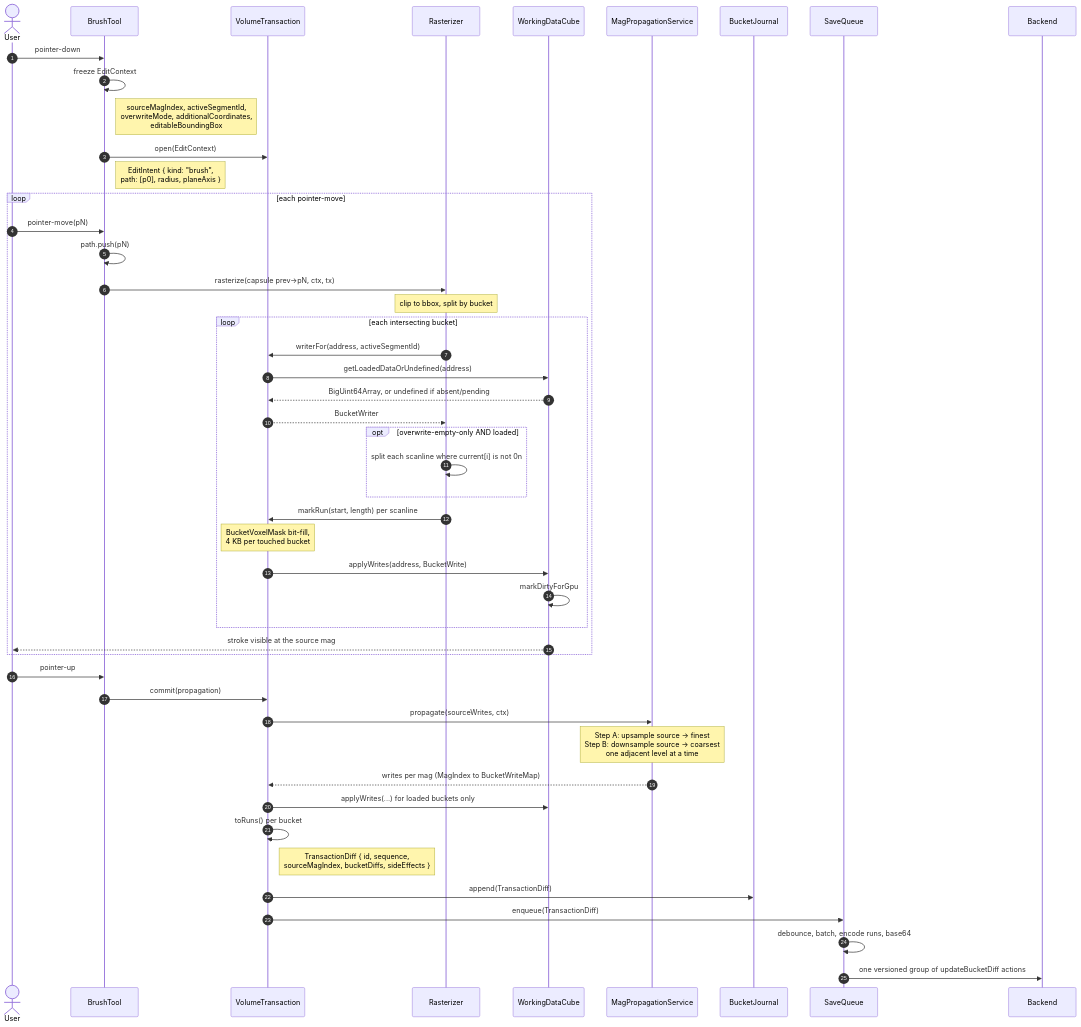
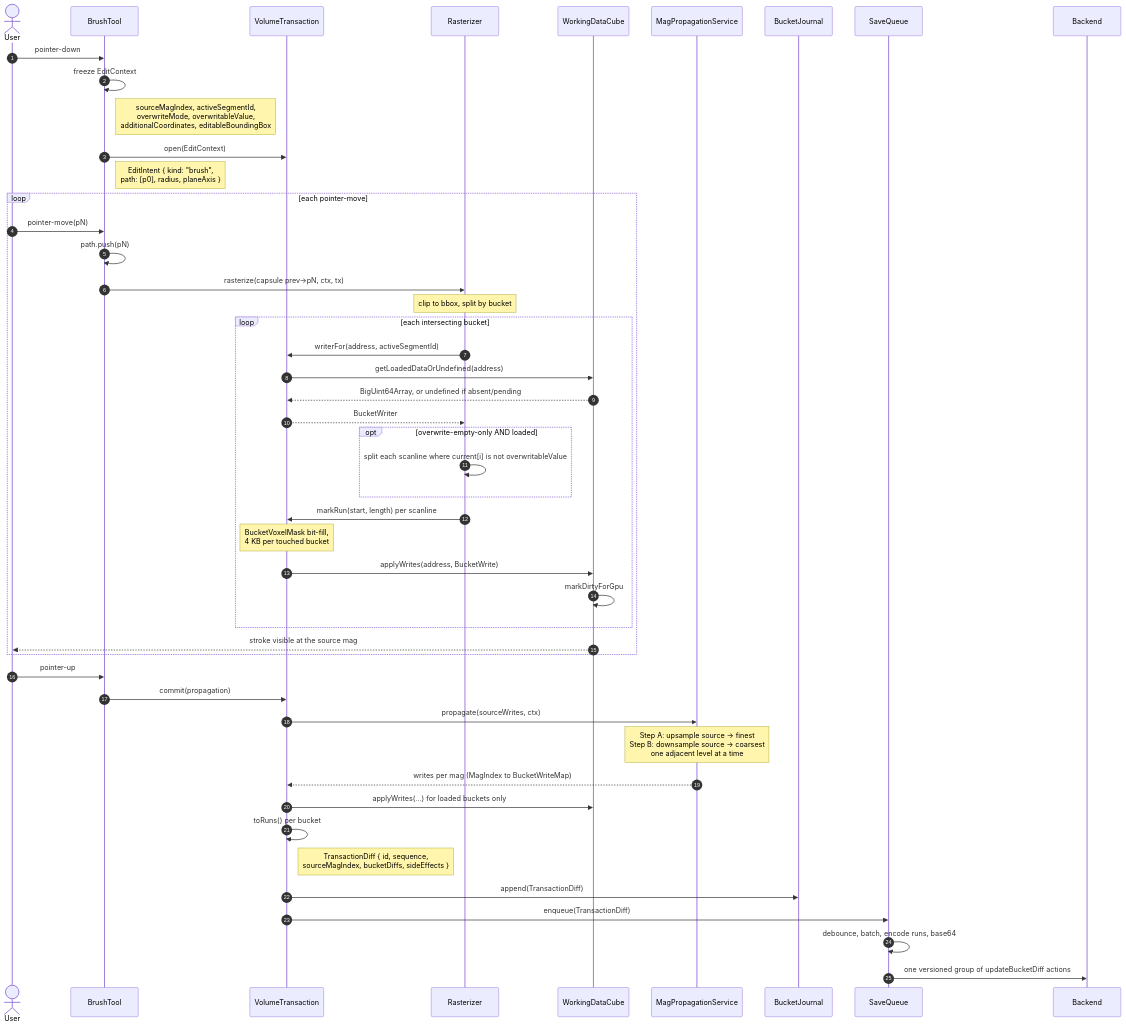
The second of 2 diagrams in design/volume_annotation_architecture.md (scalableminds/webknossos), drawn with Mermaid before and after one commit. The commit also changed other lines of this file and 13 other files, not shown here.

First line of the commit message:
erase only the active segment under overwrite-empty

````diff
--- a/design/volume_annotation_architecture.md
+++ b/design/volume_annotation_architecture.md
@@ -1320,53 +1326,53 @@
 ```mermaid
 sequenceDiagram
   autonumber
   actor U as User
   participant B as BrushTool
   participant T as VolumeTransaction
   participant R as Rasterizer
   participant C as WorkingDataCube
   participant P as MagPropagationService
   participant L as BucketJournal
   participant S as SaveQueue
   participant K as Backend
 
   U->>B: pointer-down
   B->>B: freeze EditContext
-  Note right of B: sourceMagIndex, activeSegmentId,<br/>overwriteMode, additionalCoordinates,<br/>editableBoundingBox
+  Note right of B: sourceMagIndex, activeSegmentId,<br/>overwriteMode, overwritableValue,<br/>additionalCoordinates, editableBoundingBox
   B->>T: open(EditContext)
   Note right of B: EditIntent { kind: "brush",<br/>path: [p0], radius, planeAxis }
 
   loop each pointer-move
     U->>B: pointer-move(pN)
     B->>B: path.push(pN)
     B->>R: rasterize(capsule prev→pN, ctx, tx)
     Note over R: clip to bbox, split by bucket
     loop each intersecting bucket
       R->>T: writerFor(address, activeSegmentId)
       T->>C: getLoadedDataOrUndefined(address)
       C-->>T: BigUint64Array, or undefined if absent/pending
       T-->>R: BucketWriter
       opt overwrite-empty-only AND loaded
-        R->>R: split each scanline where current[i] is not 0n
+        R->>R: split each scanline where current[i] is not overwritableValue
       end
       R->>T: markRun(start, length) per scanline
       Note over T: BucketVoxelMask bit-fill,<br/>4 KB per touched bucket
       T->>C: applyWrites(address, BucketWrite)
       C->>C: markDirtyForGpu
     end
     C-->>U: stroke visible at the source mag
   end
 
   U->>B: pointer-up
   B->>T: commit(propagation)
   T->>P: propagate(sourceWrites, ctx)
   Note over P: Step A: upsample source → finest<br/>Step B: downsample source → coarsest<br/>one adjacent level at a time
   P-->>T: writes per mag (MagIndex to BucketWriteMap)
   T->>C: applyWrites(...) for loaded buckets only
   T->>T: toRuns() per bucket
   Note right of T: TransactionDiff { id, sequence,<br/>sourceMagIndex, bucketDiffs, sideEffects }
   T->>L: append(TransactionDiff)
   T->>S: enqueue(TransactionDiff)
   S->>S: debounce, batch, encode runs, base64
   S->>K: one versioned group of updateBucketDiff actions
 ```
````
